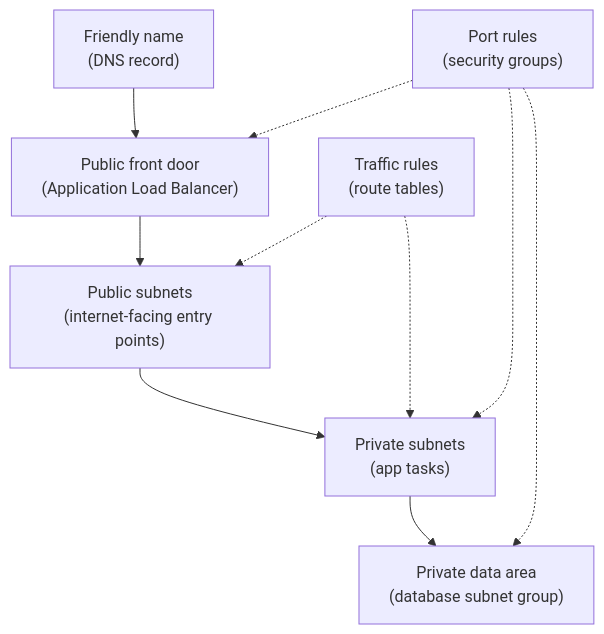
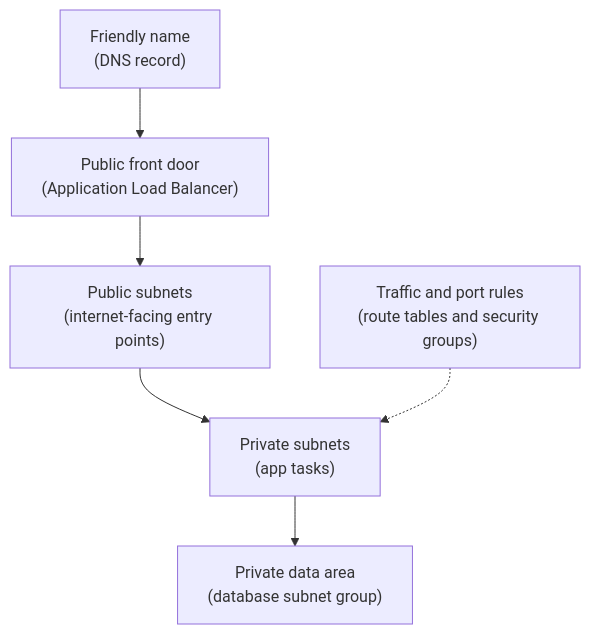
The second of 2 diagrams in cloud-providers/aws/foundations/core-services.md (senlinyy/dev-roadmaps), drawn with Mermaid before and after one commit. The commit also changed other lines of this file and 89 other files, not shown here.

````diff
--- a/cloud-providers/aws/foundations/core-services.md
+++ b/cloud-providers/aws/foundations/core-services.md
@@ -164,12 +166,8 @@
 ```mermaid
 graph TD
     NAME["Friendly name<br/>(DNS record)"] --> LB["Public front door<br/>(Application Load Balancer)"]
     LB --> PUB["Public subnets<br/>(internet-facing entry points)"]
     PUB --> PRIV["Private subnets<br/>(app tasks)"]
     PRIV --> DATA["Private data area<br/>(database subnet group)"]
-    ROUTES["Traffic rules<br/>(route tables)"] -.-> PUB
-    ROUTES -.-> PRIV
-    RULES["Port rules<br/>(security groups)"] -.-> LB
-    RULES -.-> PRIV
-    RULES -.-> DATA
+    RULES["Traffic and port rules<br/>(route tables and security groups)"] -.-> PRIV
 ```
````
